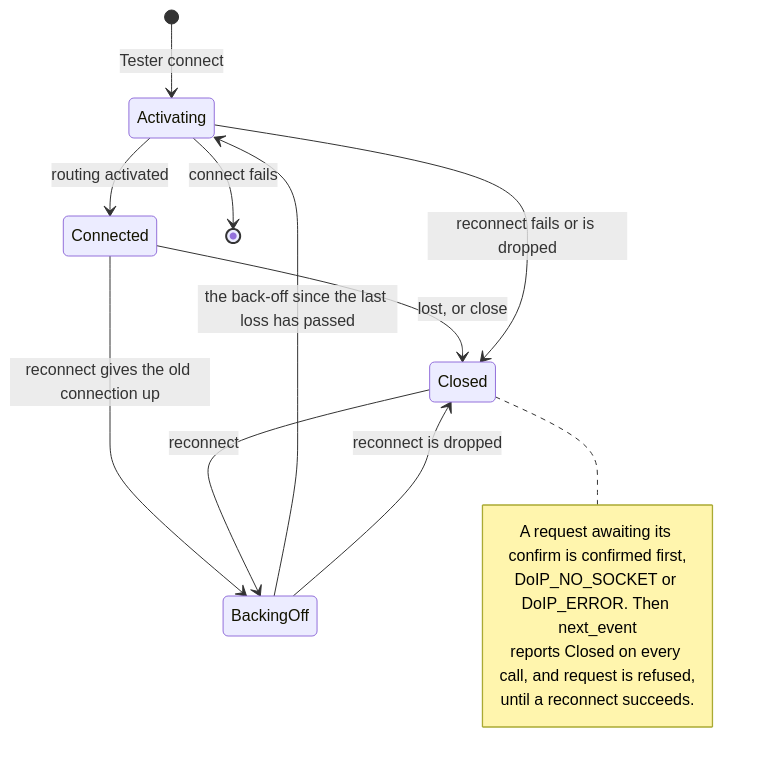
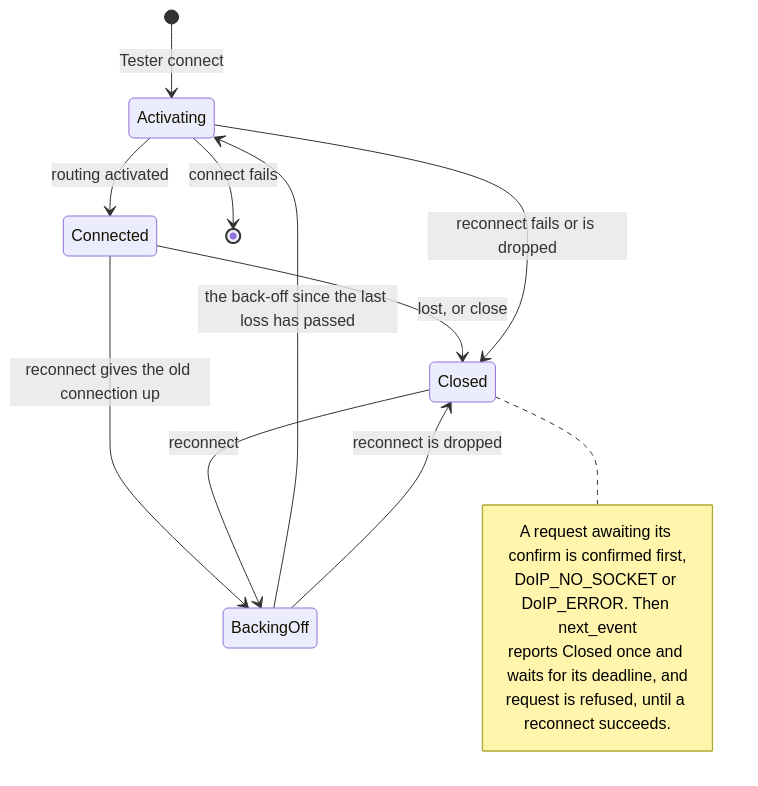
The first of 2 diagrams in crates/simple_doip/ARCHITECTURE.md (luminartech/uds_stack), drawn with Mermaid before and after one commit. The commit also changed other lines of this file and 3 other files, not shown here.

First line of the commit message:
feat(simple_doip)!: a tester reports each close once, then waits

````diff
--- a/crates/simple_doip/ARCHITECTURE.md
+++ b/crates/simple_doip/ARCHITECTURE.md
@@ -100,18 +100,18 @@
 ```mermaid
 stateDiagram-v2
     [*] --> Activating: Tester connect
     Activating --> Connected: routing activated
     Activating --> [*]: connect fails
     Connected --> Closed: lost, or close
     Connected --> BackingOff: reconnect gives the old connection up
     Closed --> BackingOff: reconnect
     BackingOff --> Activating: the back-off since the last loss has passed
     Activating --> Closed: reconnect fails or is dropped
     BackingOff --> Closed: reconnect is dropped
     note right of Closed
         A request awaiting its confirm is confirmed first,
         DoIP_NO_SOCKET or DoIP_ERROR. Then next_event
-        reports Closed on every call, and request is refused,
-        until a reconnect succeeds.
+        reports Closed once and waits for its deadline, and
+        request is refused, until a reconnect succeeds.
     end note
 ```
````
